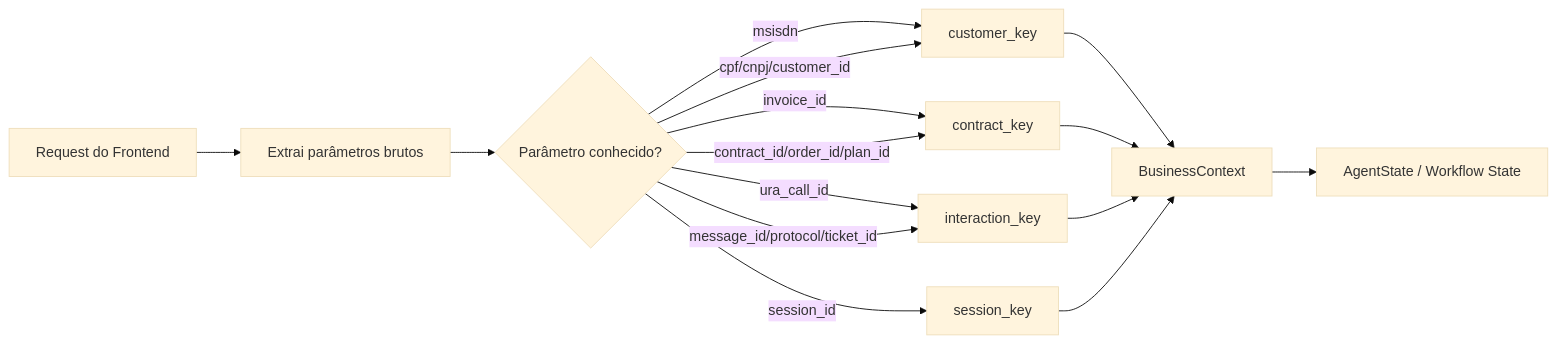
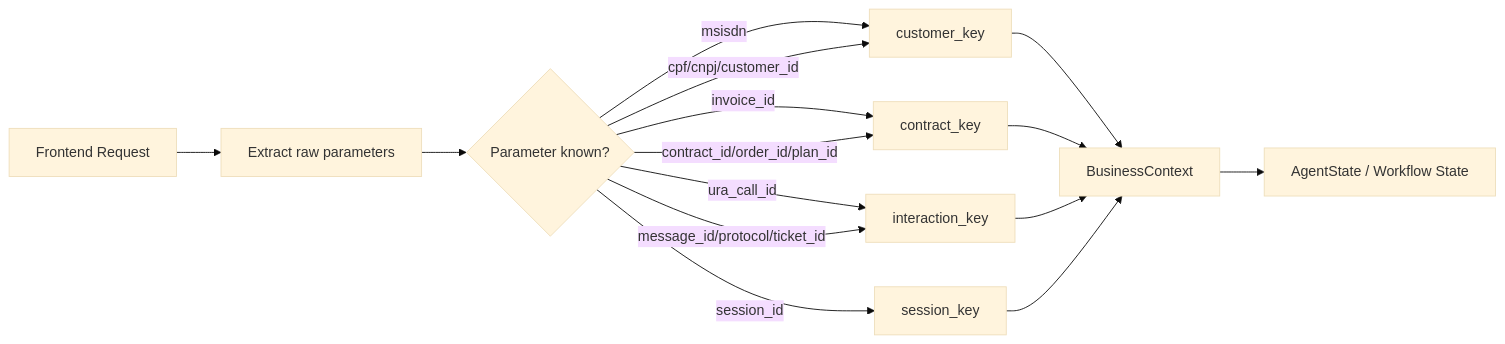
Before and after one commit to hoshikawa2/agent_framework_oci_2: the fifth of 8 diagrams in README.md, drawn with Mermaid (base theme). The commit also changed other lines of this file, not shown here.

Commit message:
examples of graph flow

````diff
--- a/README.md
+++ b/README.md
@@ -4041,25 +4032,25 @@
 ```mermaid
 flowchart LR
 
-    A[Request do Frontend] --> B[Extrai parâmetros brutos]
+    A[Frontend Request] --> B[Extract raw parameters]
 
-    B --> C{Parâmetro conhecido?}
+    B --> C{Parameter known?}
 
     C -->|msisdn| D[customer_key]
     C -->|cpf/cnpj/customer_id| D
 
     C -->|invoice_id| E[contract_key]
     C -->|contract_id/order_id/plan_id| E
 
     C -->|ura_call_id| F[interaction_key]
     C -->|message_id/protocol/ticket_id| F
 
     C -->|session_id| G[session_key]
 
     D --> H[BusinessContext]
     E --> H
     F --> H
     G --> H
 
     H --> I[AgentState / Workflow State]
 ```
````
